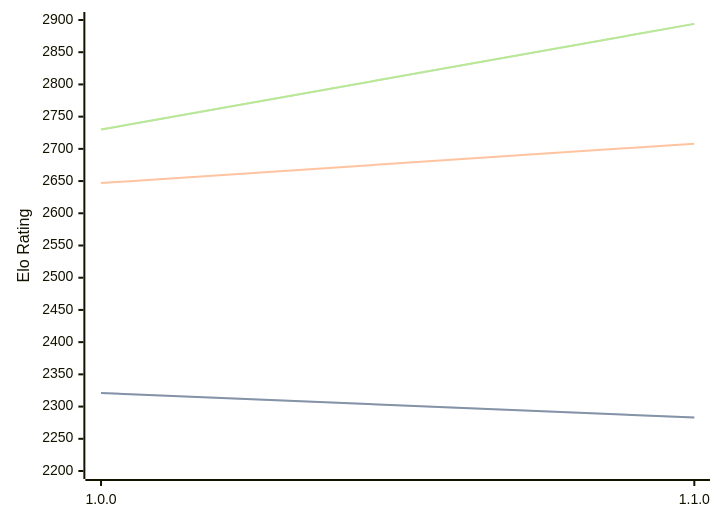
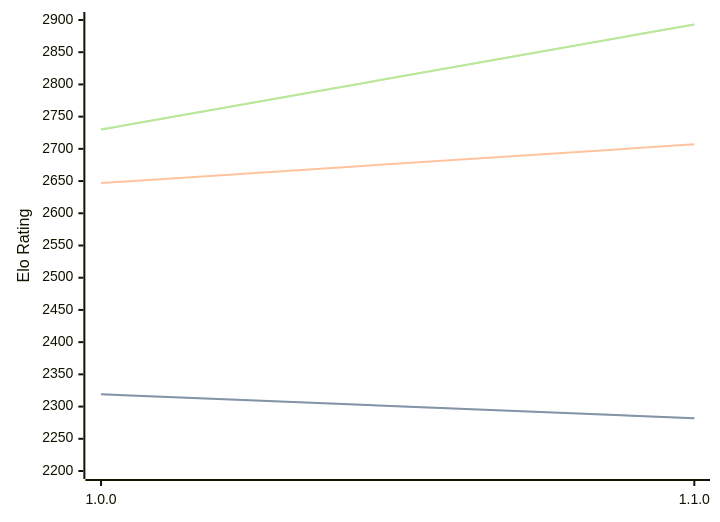
The diagram in engines/ShallowGuess.md (computer-chess-index/cci), drawn with Mermaid before and after one commit. The commit also changed other lines of this file, not shown here.

Commit message:
Update CCI Ratings (ELO VLTC) - 2026-06-10

````diff
--- a/engines/ShallowGuess.md
+++ b/engines/ShallowGuess.md
@@ -36,11 +36,11 @@
 ```mermaid
 %%{init: {"theme":"base","themeVariables":{"seriesColors:['#a3a3a3','#222221','#faa371']}}}%%
 xychart-beta
   x-axis ["1.0.0", "1.1.0"]
   y-axis "Elo Rating" 2200 --> 2900
-  line "STC (8.0+0.08s)" [2321, 2283]
-  line "STC (8.0+0.08s)" [2321, 2283]
-  line "LTC (60.0+0.60s)" [2647, 2708]
-  line "VLTC (2m24s+1.12s)" [2730, 2894]
-  line "VLTC (2m24s+1.12s)" [2730, 2894]
+  line "STC (8.0+0.08s)" [2319, 2282]
+  line "STC (8.0+0.08s)" [2319, 2282]
+  line "LTC (60.0+0.60s)" [2647, 2707]
+  line "VLTC (2m24s+1.12s)" [2730, 2893]
+  line "VLTC (2m24s+1.12s)" [2730, 2893]
 ```
````
